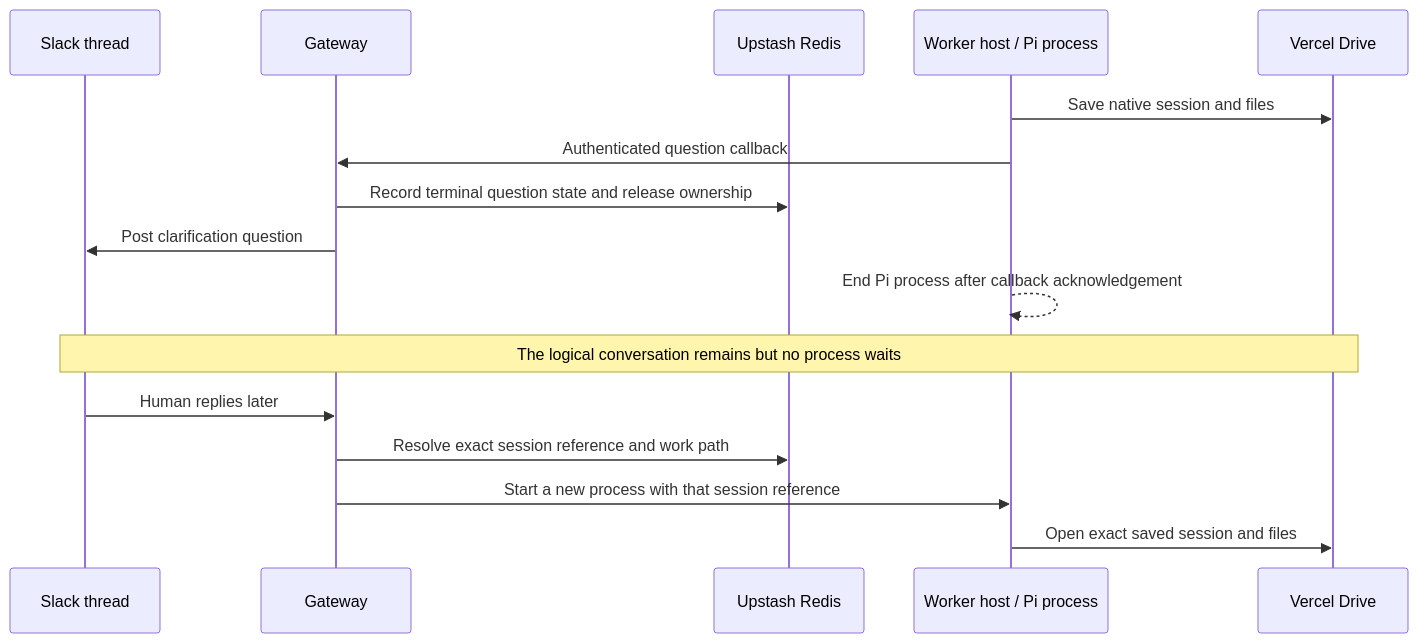
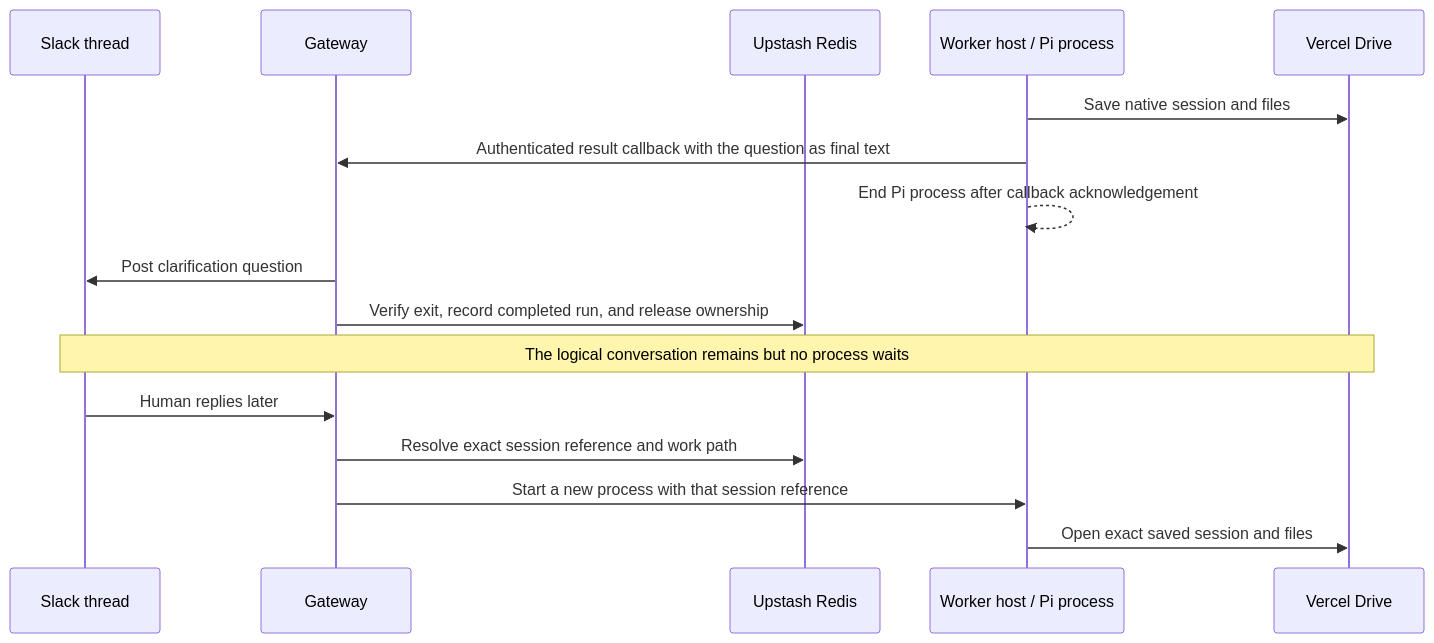
The second of 2 diagrams in docs/spec/v1.md (baaadtrippp/slack-agent-starter), drawn with Mermaid before and after one commit. The commit also changed other lines of this file and 33 other files, not shown here.

````diff
--- a/docs/spec/v1.md
+++ b/docs/spec/v1.md
@@ -247,18 +247,18 @@
 ```mermaid
 sequenceDiagram
   participant S as Slack thread
   participant G as Gateway
   participant R as Upstash Redis
   participant P as Worker host / Pi process
   participant D as Vercel Drive
   P->>D: Save native session and files
-  P->>G: Authenticated question callback
-  G->>R: Record terminal question state and release ownership
+  P->>G: Authenticated result callback with the question as final text
+  P-->>P: End Pi process after callback acknowledgement
   G->>S: Post clarification question
-  P-->>P: End Pi process after callback acknowledgement
+  G->>R: Verify exit, record completed run, and release ownership
   Note over S,D: The logical conversation remains but no process waits
   S->>G: Human replies later
   G->>R: Resolve exact session reference and work path
   G->>P: Start a new process with that session reference
   P->>D: Open exact saved session and files
 ```
````
